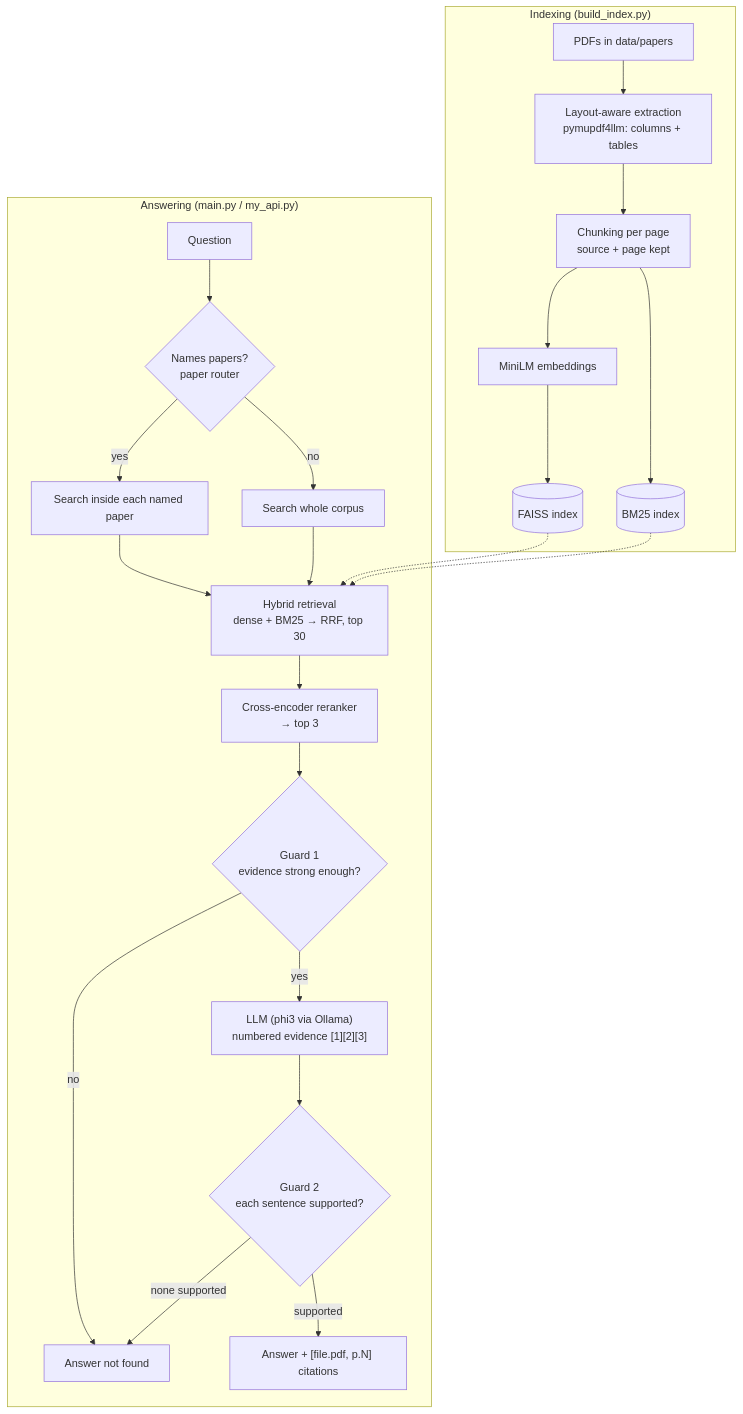
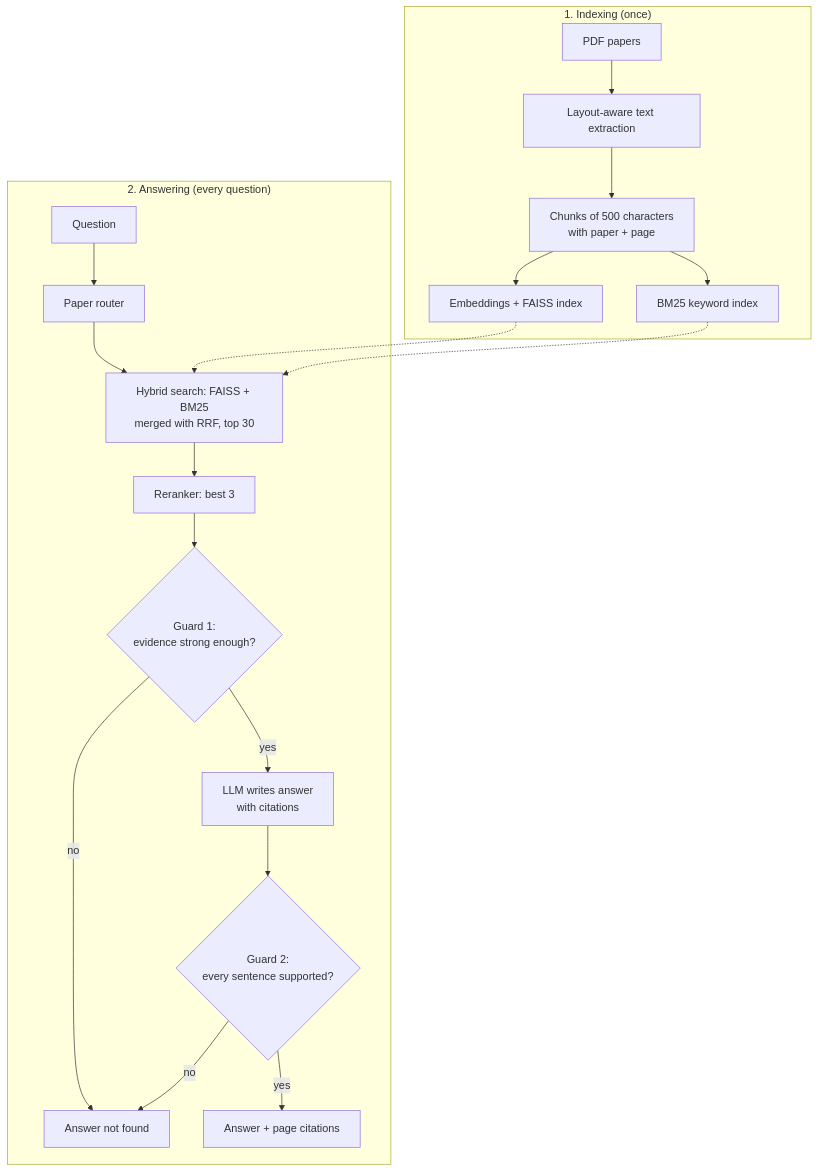
Before and after one commit to uday2319/Multi-RAG-Application: the diagram in README.md, drawn with Mermaid. The commit also changed other lines of this file, not shown here.

````diff
--- a/README.md
+++ b/README.md
@@ -292,27 +65,23 @@
 ```mermaid
 flowchart TD
-    subgraph Indexing["Indexing (build_index.py)"]
-        A[PDFs in data/papers] --> B["Layout-aware extraction<br/>pymupdf4llm: columns + tables"]
-        B --> C["Chunking per page<br/>source + page kept"]
-        C --> D[MiniLM embeddings]
-        D --> E[(FAISS index)]
-        C --> F[(BM25 index)]
+    subgraph Index["1. Indexing (once)"]
+        A[PDF papers] --> B[Layout-aware text extraction]
+        B --> C[Chunks of 500 characters<br/>with paper + page]
+        C --> D[Embeddings + FAISS index]
+        C --> E[BM25 keyword index]
     end
 
-    subgraph Query["Answering (main.py / my_api.py)"]
-        Q[Question] --> R{"Names papers?<br/>paper router"}
-        R -->|yes| S1[Search inside each named paper]
-        R -->|no| S2[Search whole corpus]
-        S1 --> H
-        S2 --> H["Hybrid retrieval<br/>dense + BM25 → RRF, top 30"]
+    subgraph Answer["2. Answering (every question)"]
+        Q[Question] --> R[Paper router]
+        R --> H[Hybrid search: FAISS + BM25<br/>merged with RRF, top 30]
+        D -.-> H
         E -.-> H
-        F -.-> H
-        H --> RR["Cross-encoder reranker<br/>→ top 3"]
-        RR --> G1{"Guard 1<br/>evidence strong enough?"}
+        H --> RR[Reranker: best 3]
+        RR --> G1{Guard 1:<br/>evidence strong enough?}
         G1 -->|no| NF[Answer not found]
-        G1 -->|yes| L["LLM (phi3 via Ollama)<br/>numbered evidence [1][2][3]"]
-        L --> G2{"Guard 2<br/>each sentence supported?"}
-        G2 -->|none supported| NF
-        G2 -->|supported| ANS["Answer + [file.pdf, p.N] citations"]
+        G1 -->|yes| L[LLM writes answer<br/>with citations]
+        L --> G2{Guard 2:<br/>every sentence supported?}
+        G2 -->|no| NF
+        G2 -->|yes| ANS[Answer + page citations]
     end
 ```
````
